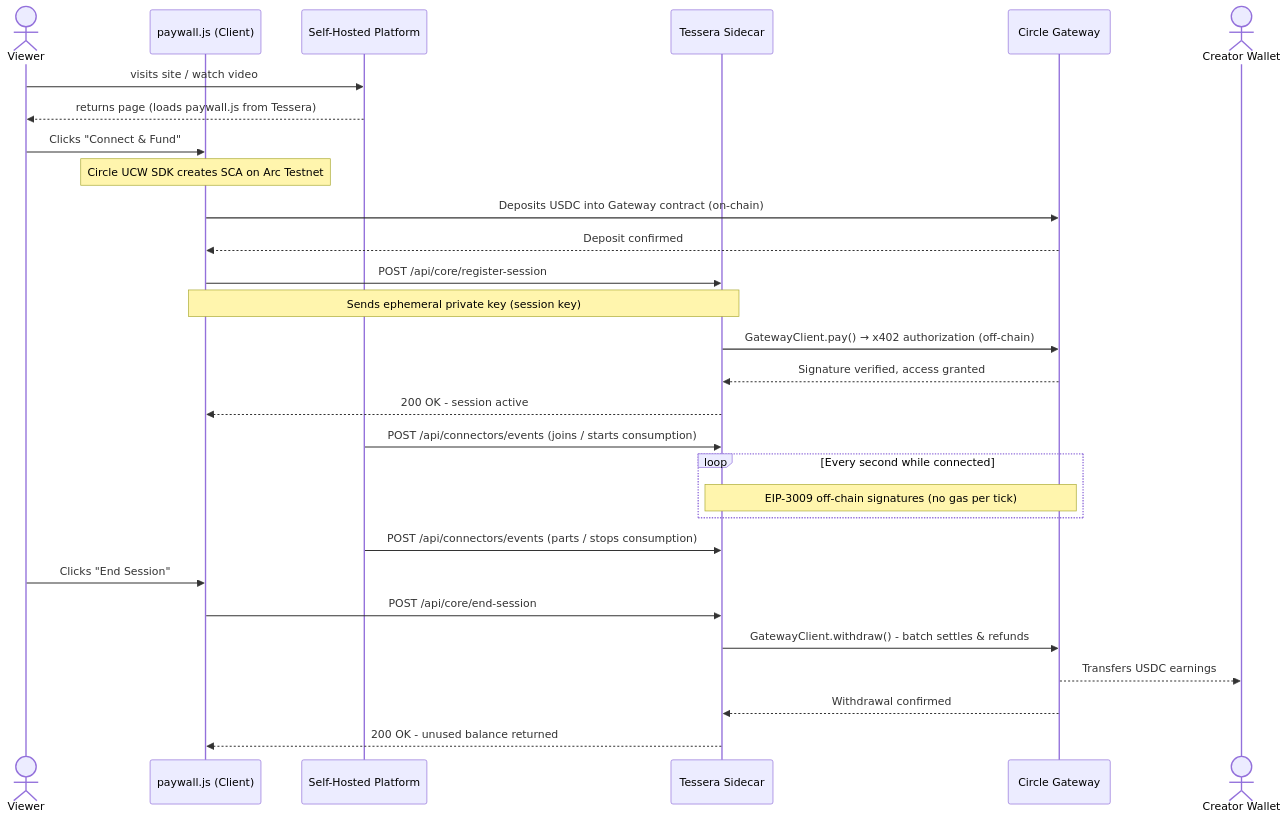
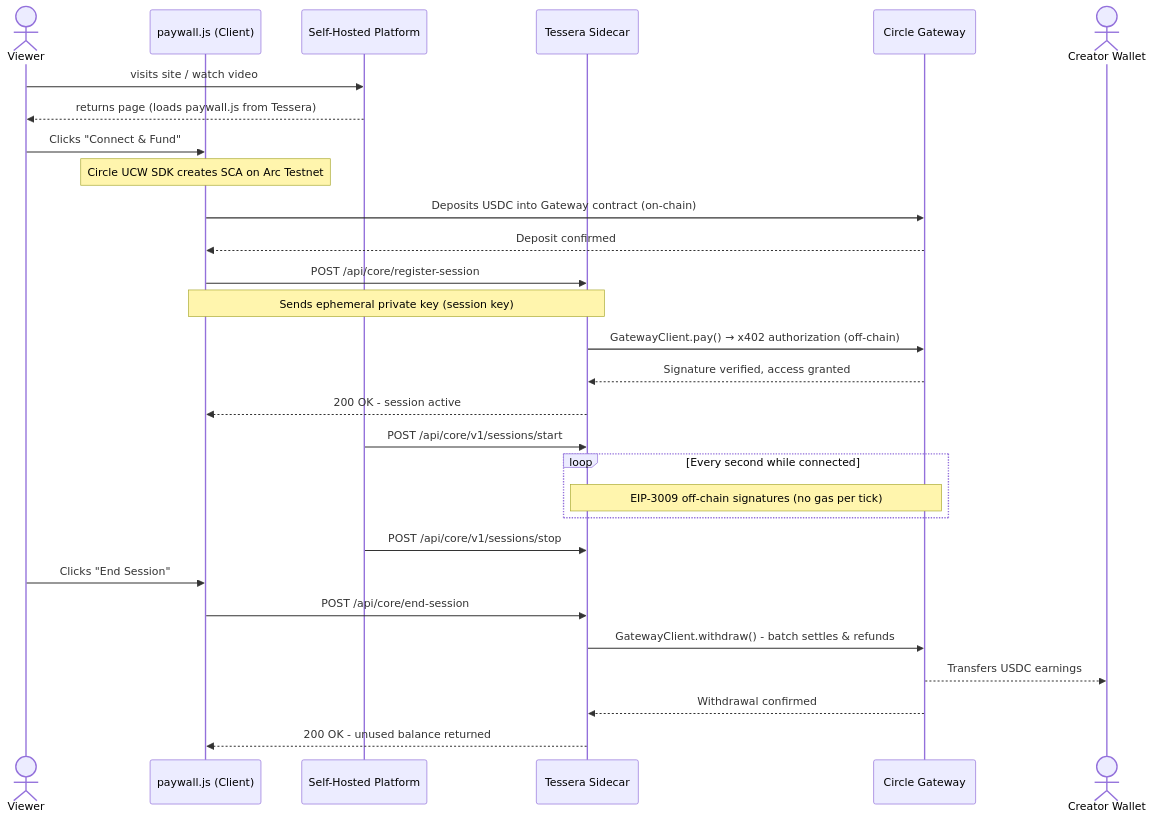
Before and after one commit to JaDi03/-Arc-Cashier: the second of 2 diagrams in docs/index.md, drawn with Mermaid. The commit also changed other lines of this file and 23 other files, not shown here.

First line of the commit message:
feat(core): restore platform-agnostic sidecar and ingest HMAC (#105)

````diff
--- a/docs/index.md
+++ b/docs/index.md
@@ -86,41 +86,41 @@
 ```mermaid
 sequenceDiagram
     actor Viewer as Viewer
     participant Browser as paywall.js (Client)
     participant Platform as Self-Hosted Platform
     participant Tessera as Tessera Sidecar
     participant Gateway as Circle Gateway
     actor Creator as Creator Wallet
 
     %% 1. Initial Load & Integration
     Viewer->>Platform: visits site / watch video
     Platform-->>Viewer: returns page (loads paywall.js from Tessera)
 
     %% 2. Wallet setup & deposit
     Viewer->>Browser: Clicks "Connect & Fund"
     Note over Browser: Circle UCW SDK creates SCA on Arc Testnet
     Browser->>Gateway: Deposits USDC into Gateway contract (on-chain)
     Gateway-->>Browser: Deposit confirmed
 
     %% 3. Session registration
     Browser->>Tessera: POST /api/core/register-session
     Note over Browser,Tessera: Sends ephemeral private key (session key)
     Tessera->>Gateway: GatewayClient.pay() → x402 authorization (off-chain)
     Gateway-->>Tessera: Signature verified, access granted
     Tessera-->>Browser: 200 OK - session active
 
     %% 4. Streaming & billing (off-chain)
-    Platform->>Tessera: POST /api/connectors/events (joins / starts consumption)
+    Platform->>Tessera: POST /api/core/v1/sessions/start
     loop Every second while connected
         Note over Tessera,Gateway: EIP-3009 off-chain signatures (no gas per tick)
     end
-    Platform->>Tessera: POST /api/connectors/events (parts / stops consumption)
+    Platform->>Tessera: POST /api/core/v1/sessions/stop
 
     %% 5. End session & refund
     Viewer->>Browser: Clicks "End Session"
     Browser->>Tessera: POST /api/core/end-session
     Tessera->>Gateway: GatewayClient.withdraw() - batch settles & refunds
     Gateway-->>Creator: Transfers USDC earnings
     Gateway-->>Tessera: Withdrawal confirmed
     Tessera-->>Browser: 200 OK - unused balance returned
 ```
````
